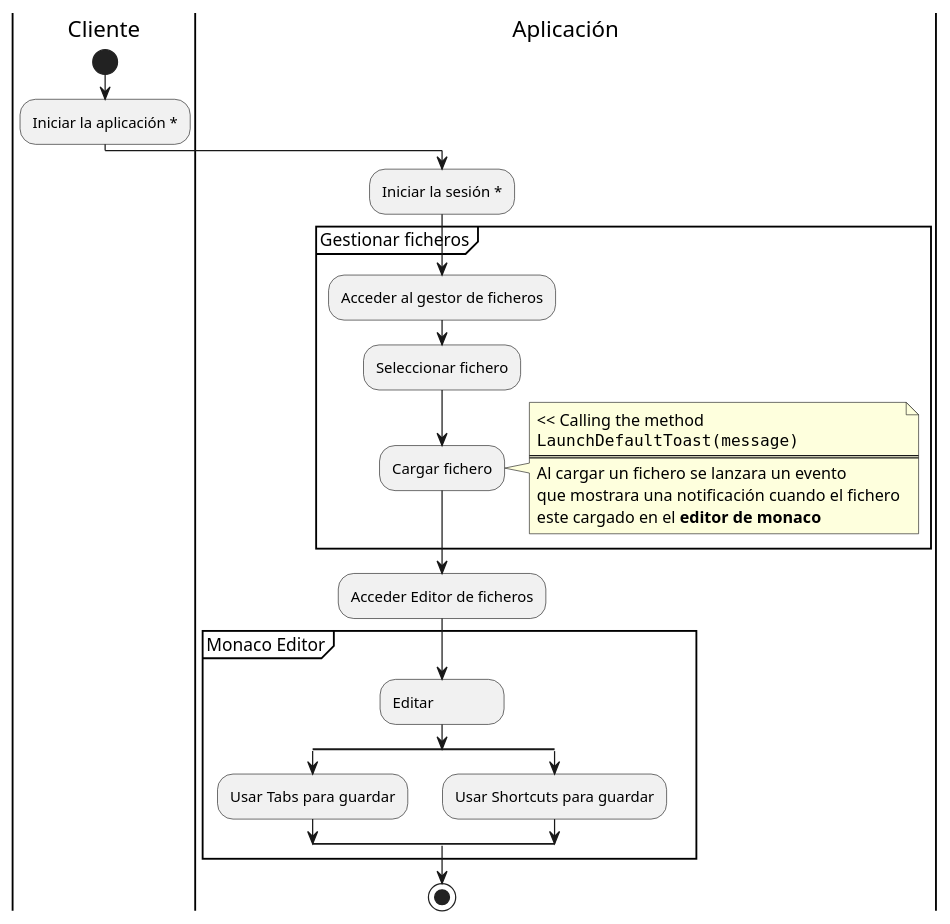
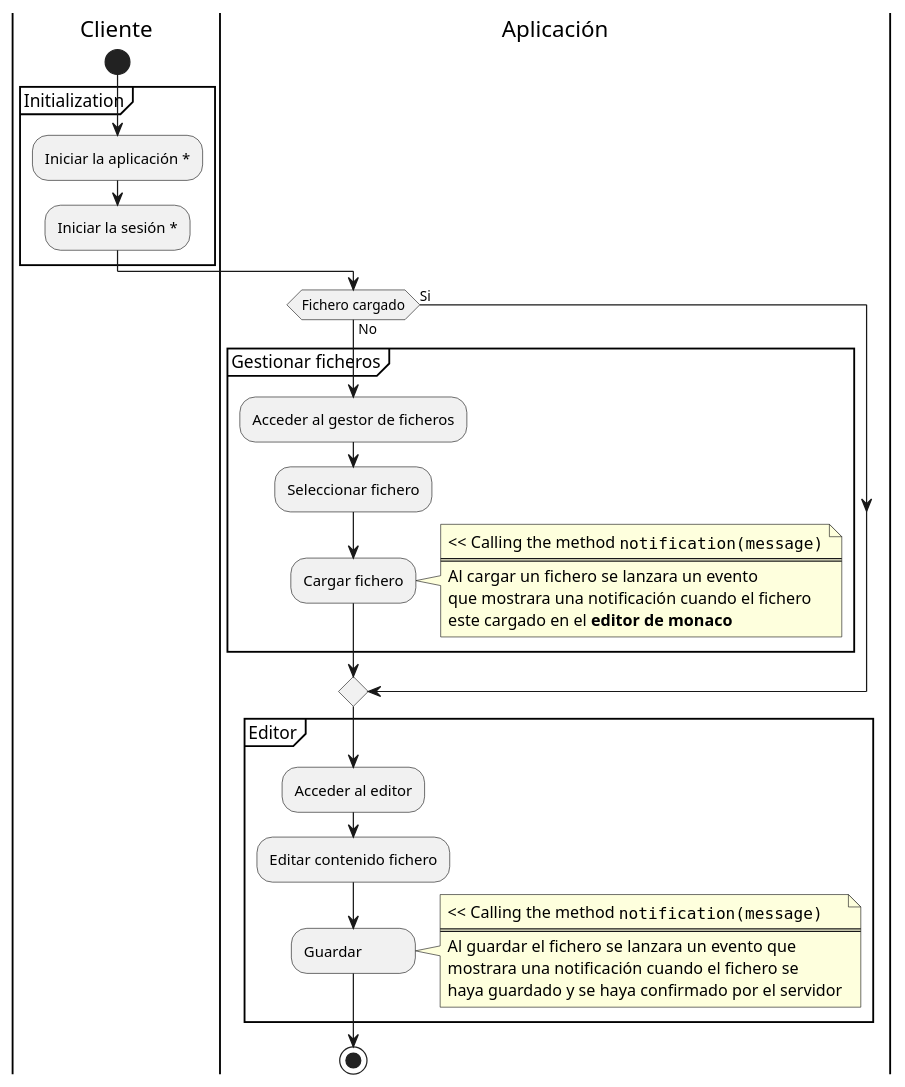
One commit to nonodev96/THUMDER changed the diagram in UML/6.4.ActivityDiagram.puml. Above: the diagram before and after it, drawn with PlantUML. The commit also changed 62 other files, not shown here.

Commit message:
add login in cypress with cookies user add timer in machine add navigation list add code iterator stage ["--", "WB", "ME", "EX", "ID", "IF", "--"] add new translations add runner.json change UML remove href="#"

```diff
--- a/UML/6.4.ActivityDiagram.puml
+++ b/UML/6.4.ActivityDiagram.puml
@@ -1,51 +1,56 @@
 @startuml
 'https://plantuml.com/activity-diagram-beta
 '!theme amiga from https://raw.githubusercontent.com/plantuml/plantuml/master/themes
 
 'Iniciar Sesión
 skinparam defaultFontName consolas
 skinparam minClassWidth 100
 skinparam conditionStyle inside
-'skinparam defaultTextAlignment center
 
 |Cliente|
 
   start
-  :Iniciar la aplicación *;
+  partition Initialization {
+    :Iniciar la aplicación *;
+    :Iniciar la sesión *;
+  }
 
   |Aplicación|
 
-  :Iniciar la sesión *;
+  if (Fichero cargado) then (Si)
 
-  partition "Gestionar ficheros" {
-    :Acceder al gestor de ficheros;
+  else (No)
+    partition "Gestionar ficheros" {
+      :Acceder al gestor de ficheros;
 
-    :Seleccionar fichero;
-    :Cargar fichero;
+      :Seleccionar fichero;
+
+      :Cargar fichero;
+      note right
+        << Calling the method ""notification(message)""
+        ====
+        Al cargar un fichero se lanzara un evento
+        que mostrara una notificación cuando el fichero
+        este cargado en el <b>editor de monaco</b>
+      end note
+    }
+  endif
+
+  partition "Editor" {
+    :Acceder al editor;
+
+    :Editar contenido fichero;
+
+    :Guardar;
     note right
-      << Calling the method
-      ""LaunchDefaultToast(message)""
+      << Calling the method ""notification(message)""
       ====
-      Al cargar un fichero se lanzara un evento
-      que mostrara una notificación cuando el fichero
-      este cargado en el <b>editor de monaco</b>
+      Al guardar el fichero se lanzara un evento que
+      mostrara una notificación cuando el fichero se
+      haya guardado y se haya confirmado por el servidor
     end note
-  }
-
-  :Acceder Editor de ficheros;
-
-  partition "Monaco Editor" {
-
-    :Editar;
-
-    split
-       :Usar Tabs para guardar;
-    split again
-       :Usar Shortcuts para guardar;
-    end split
   }
   stop
 
 
-
 @enduml
```
